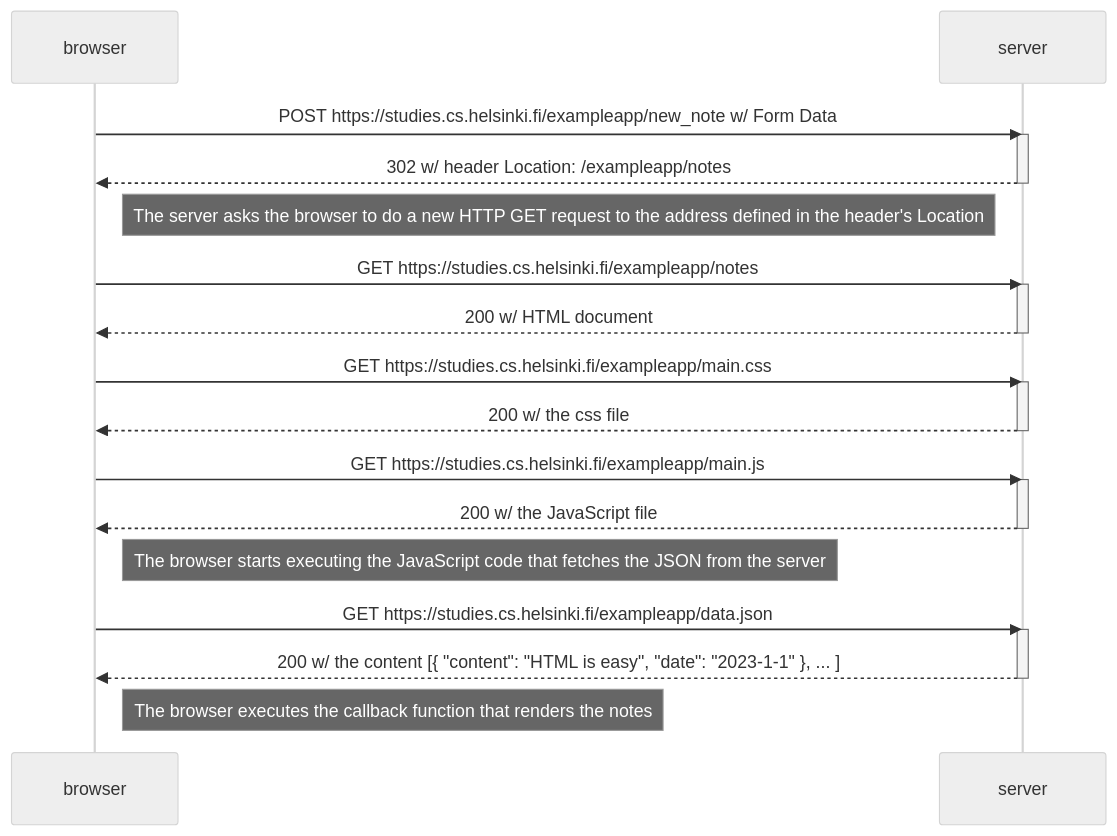
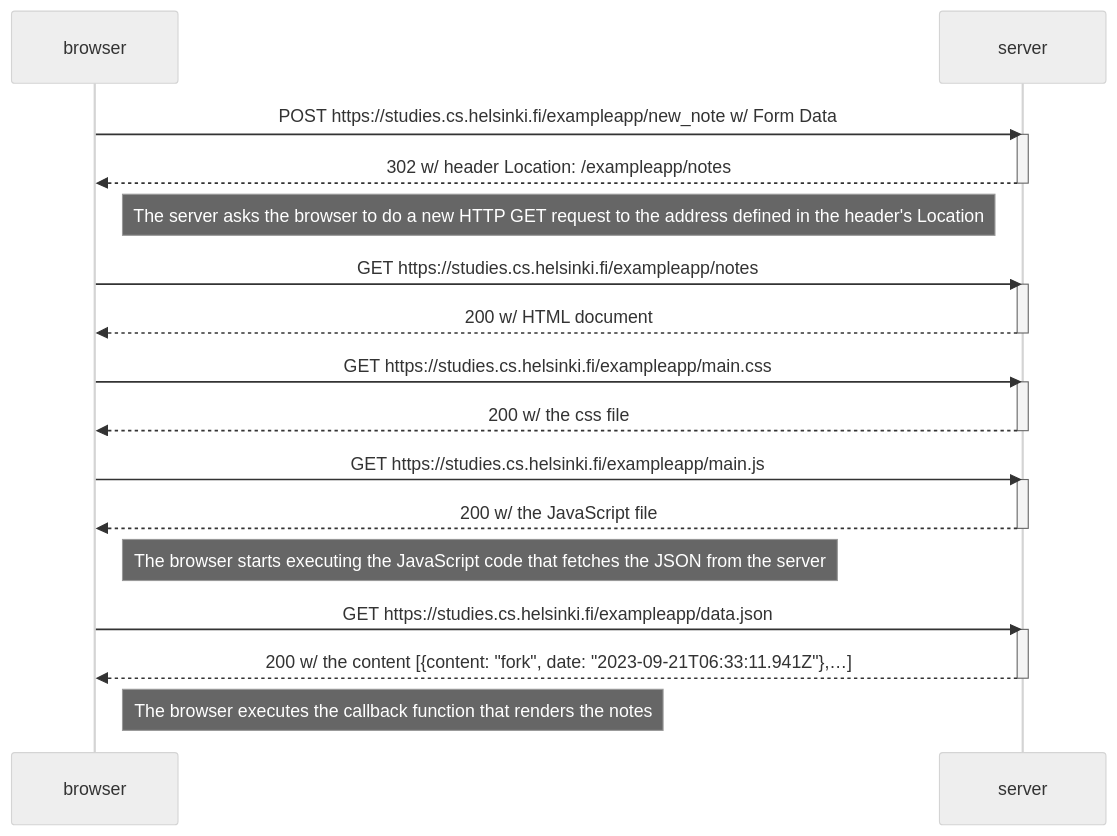
Before and after one commit to vasapolrittideah/fullstackopen-course: the diagram in part0/04-new-note-diagram.md, drawn with Mermaid (neutral theme).

Commit message:
part0: update 04-new-note-diagram.md

````diff
--- a/part0/04-new-note-diagram.md
+++ b/part0/04-new-note-diagram.md
@@ -3,35 +3,35 @@
 ```mermaid
 sequenceDiagram
 participant browser
 participant server
 
       browser->>server: POST https://studies.cs.helsinki.fi/exampleapp/new_note w/ Form Data
       activate server
       server-->>browser: 302 w/ header Location: /exampleapp/notes
       deactivate server
       Note left of server: The server asks the browser to do a new HTTP GET request to the address defined in the header's Location
 
       browser->>server: GET https://studies.cs.helsinki.fi/exampleapp/notes
       activate server
       server-->>browser: 200 w/ HTML document
       deactivate server
 
       browser->>server: GET https://studies.cs.helsinki.fi/exampleapp/main.css
       activate server
       server-->>browser: 200 w/ the css file
       deactivate server
 
       browser->>server: GET https://studies.cs.helsinki.fi/exampleapp/main.js
       activate server
       server-->>browser: 200 w/ the JavaScript file
       deactivate server
 
       Note right of browser: The browser starts executing the JavaScript code that fetches the JSON from the server
 
       browser->>server: GET https://studies.cs.helsinki.fi/exampleapp/data.json
       activate server
-      server-->>browser: 200 w/ the content [{ "content": "HTML is easy", "date": "2023-1-1" }, ... ]
+      server-->>browser: 200 w/ the content [{content: "fork", date: "2023-09-21T06:33:11.941Z"},…]
       deactivate server
 
       Note right of browser: The browser executes the callback function that renders the notes
 ```
````
